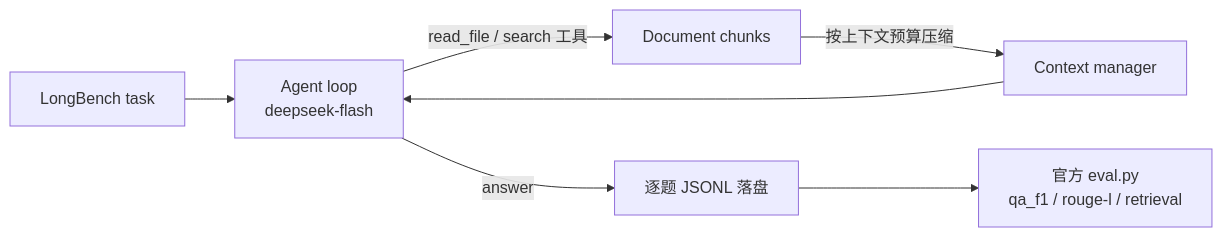
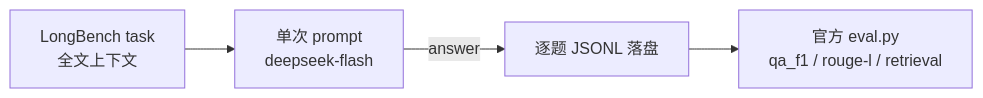
One commit to Hayabusa-YL/longbench-harness changed the diagram in README.md. Above: the diagram before and after it, drawn with Mermaid. The commit also changed other lines of this file and 2 other files, not shown here.

````diff
--- a/README.md
+++ b/README.md
@@ -20,9 +21,6 @@
 ```mermaid
 flowchart LR
-  A[LongBench task] --> B[Agent loop<br/>deepseek-flash]
-  B -->|read_file / search 工具| C[Document chunks]
-  C -->|按上下文预算压缩| D[Context manager]
-  D --> B
-  B -->|answer| E[逐题 JSONL 落盘]
-  E --> F[官方 eval.py<br/>qa_f1 / rouge-l / retrieval]
+  A[LongBench task<br/>全文上下文] --> B[单次 prompt<br/>deepseek-flash]
+  B -->|answer| C[逐题 JSONL 落盘]
+  C --> F[官方 eval.py<br/>qa_f1 / rouge-l / retrieval]
 ```
````
